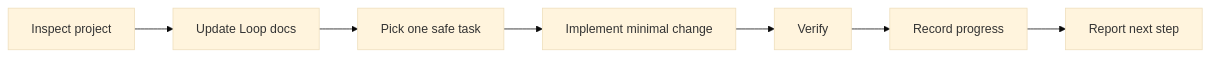
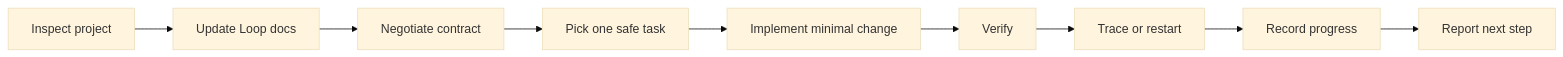
One commit to Dezoff-max/loop-engineering-workflow changed the diagram in README.md. Above: the diagram before and after it, drawn with Mermaid (base theme). The commit also changed other lines of this file and 16 other files, not shown here.

````diff
--- a/README.md
+++ b/README.md
@@ -24,9 +25,11 @@
 ```mermaid
 flowchart LR
   A["Inspect project"] --> B["Update Loop docs"]
-  B --> C["Pick one safe task"]
-  C --> D["Implement minimal change"]
-  D --> E["Verify"]
-  E --> F["Record progress"]
-  F --> G["Report next step"]
+  B --> C["Negotiate contract"]
+  C --> D["Pick one safe task"]
+  D --> E["Implement minimal change"]
+  E --> F["Verify"]
+  F --> G["Trace or restart"]
+  G --> H["Record progress"]
+  H --> I["Report next step"]
 ```
````
